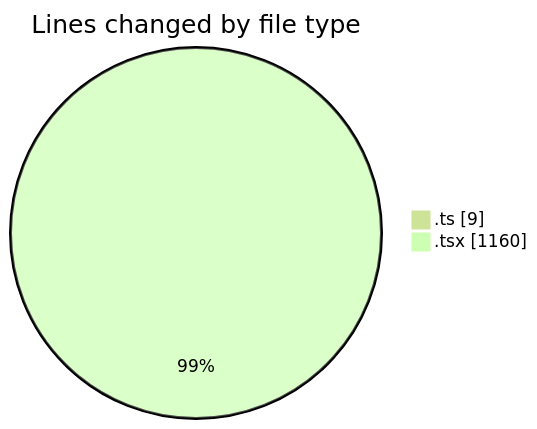
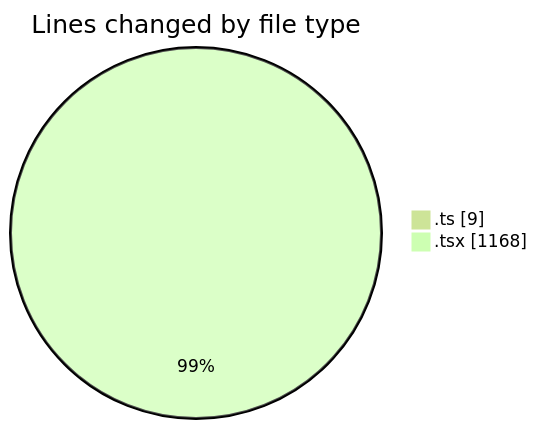
Before and after one commit to momahboobian/code-tracking: the first of 2 diagrams in 2025-07-01/cda/README.md, drawn with Mermaid (forest theme). The commit also changed other lines of this file and 1 other file, not shown here.

````diff
--- a/2025-07-01/cda/README.md
+++ b/2025-07-01/cda/README.md
@@ -24,6 +24,6 @@
 ```mermaid
 pie showData
 title Lines changed by file type
 ".ts" : 9
-".tsx" : 1160
+".tsx" : 1168
 ```
````
